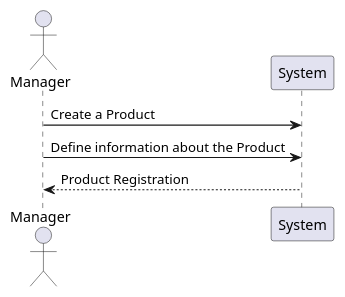
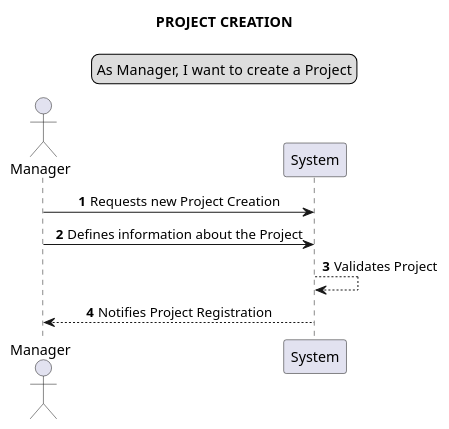
The eighth of 25 diagrams in docs/data_model/System Sequence Diagram.puml (Loracline/project_switch_22-23), drawn with PlantUML before and after one commit. The commit also changed other lines of this file, not shown here.

First line of the commit message:
[None US number]: [Project]: [System Sequence Diagram]

```diff
--- a/docs/data_model/System Sequence Diagram.puml
+++ b/docs/data_model/System Sequence Diagram.puml
@@ -95,6 +111,13 @@
 @startuml
+skinparam sequenceMessageAlign center
+autonumber
+title PROJECT CREATION
+legend top
+As Manager, I want to create a Project
+end legend
 actor Manager
-Manager -> System: Create a Product
-Manager -> System: Define information about the Product
-Manager <-- System: Product Registration
+Manager -> System: Requests new Project Creation
+Manager -> System: Defines information about the Project
+System --> System: Validates Project
+Manager <-- System: Notifies Project Registration
 @enduml
```
